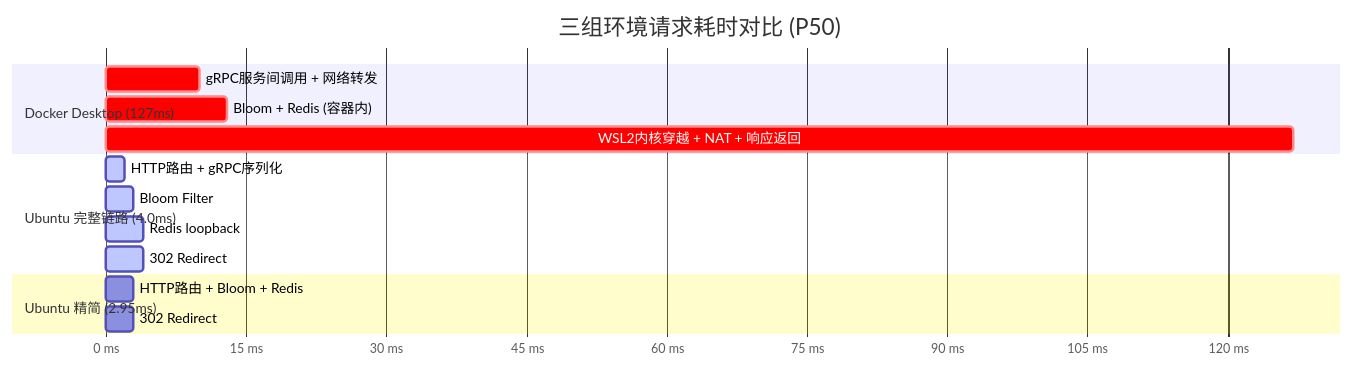
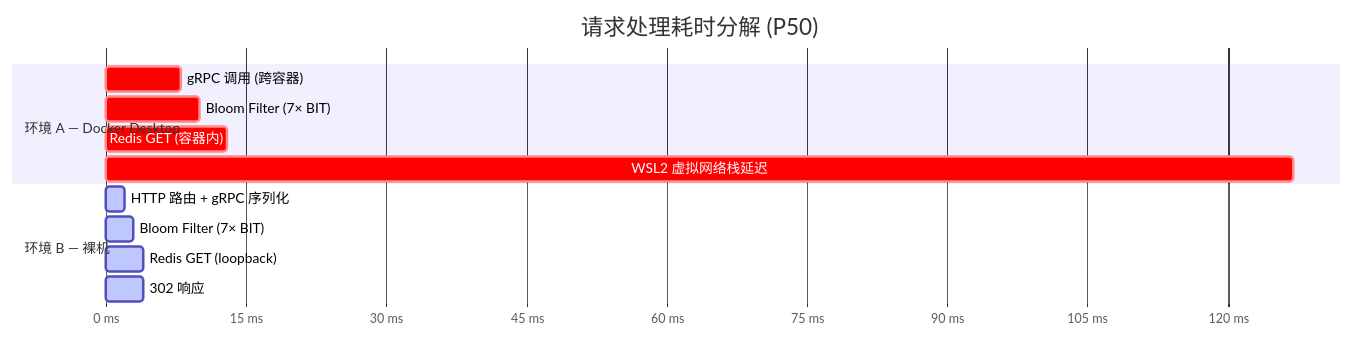
The diagram in README.md (Vierblatt/shortlink), drawn with Mermaid before and after one commit. The commit also changed other lines of this file, not shown here.

````diff
--- a/README.md
+++ b/README.md
@@ -194,21 +239,18 @@
 ```mermaid
 gantt
-    title 三组环境请求耗时对比 (P50)
+    title 请求处理耗时分解 (P50)
     dateFormat X
     axisFormat %s ms
 
-    section Docker Desktop (127ms)
-    gRPC服务间调用 + 网络转发       :crit, d1, 0, 10
-    Bloom + Redis (容器内)          :crit, d2, 10, 13
-    WSL2内核穿越 + NAT + 响应返回   :crit, d3, 13, 127
+    section 环境 A — Docker Desktop
+    gRPC 调用 (跨容器)             :crit, a1, 0, 8
+    Bloom Filter (7× BIT)          :crit, a2, 8, 10
+    Redis GET (容器内)             :crit, a3, 10, 13
+    WSL2 虚拟网络栈延迟            :crit, a4, 13, 127
 
-    section Ubuntu 完整链路 (4.0ms)
-    HTTP路由 + gRPC序列化          :active, f1, 0, 2
-    Bloom Filter                   :active, f2, 2, 3
-    Redis loopback                 :active, f3, 3, 4
-    302 Redirect                   :active, f4, 4, 4
-
-    section Ubuntu 精简 (2.95ms)
-    HTTP路由 + Bloom + Redis       :b1, 0, 3
-    302 Redirect                   :b2, 3, 3
+    section 环境 B — 裸机
+    HTTP 路由 + gRPC 序列化        :active, b1, 0, 2
+    Bloom Filter (7× BIT)          :active, b2, 2, 3
+    Redis GET (loopback)           :active, b3, 3, 4
+    302 响应                       :active, b4, 4, 4
 ```
````
